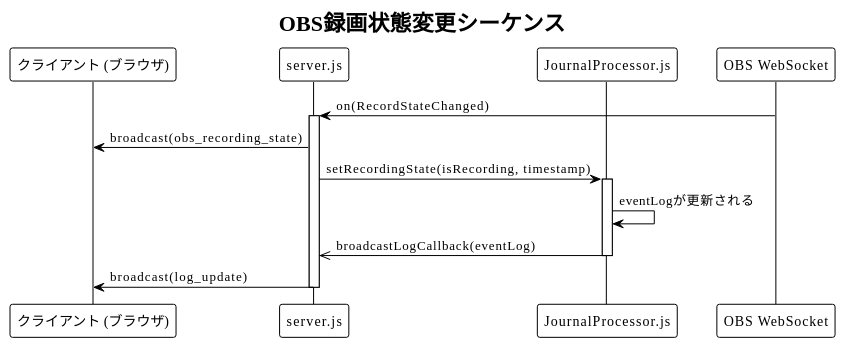
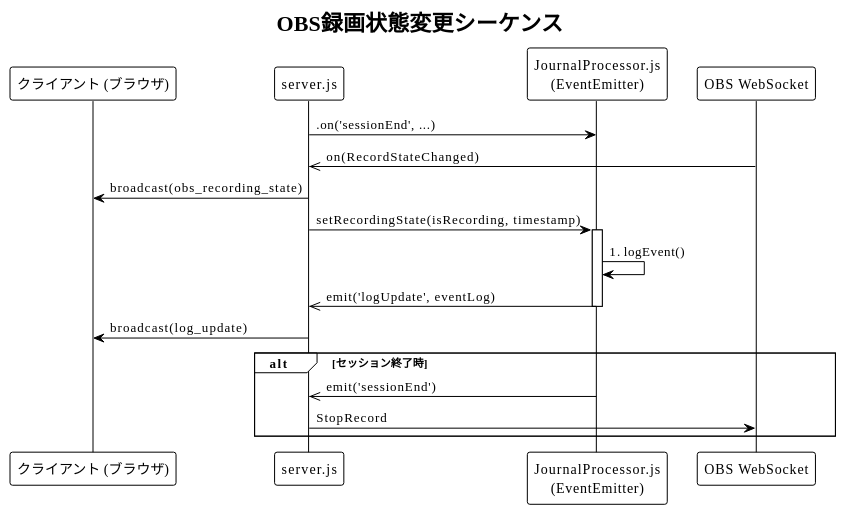
The second of 3 diagrams in DESIGN.md (d11j/ed-dashboard), drawn with PlantUML before and after one commit. The commit also changed other lines of this file and 2 other files, not shown here.

Commit message:
Feature/auto rec stop (#24)
* chore: 不要なログ出力を削除

* feat: JournalProcessorをイベントエミッタに変えて自動録画停止機能を追加

* fix: 撃破イベントログの艦船名の先頭が大文字になるように修正

* docs: イベントエミッタへの設計変更を反映

````diff
--- a/DESIGN.md
+++ b/DESIGN.md
@@ -79,22 +78,29 @@
 ```plantuml
 @startuml
 !theme plain
 title OBS録画状態変更シーケンス
 
 participant "クライアント (ブラウザ)" as Client
 participant "server.js" as Server
-participant "JournalProcessor.js" as Processor
+participant "JournalProcessor.js\n(EventEmitter)" as Processor
 participant "OBS WebSocket" as OBS
 
-OBS -> Server: on(RecordStateChanged)
-activate Server
+Server -> Processor: .on('sessionEnd', ...)
+
+OBS ->> Server: on(RecordStateChanged)
 Server -> Client: broadcast(obs_recording_state)
 Server -> Processor: setRecordingState(isRecording, timestamp)
 activate Processor
-Processor -> Processor: eventLogが更新される
-Processor ->> Server: broadcastLogCallback(eventLog)
+Processor -> Processor: #logEvent()
+Processor ->> Server: emit('logUpdate', eventLog)
+
 deactivate Processor
 Server -> Client: broadcast(log_update)
-deactivate Server
+
+alt セッション終了時
+Processor ->> Server: emit('sessionEnd')
+Server -> OBS: StopRecord
+
+end
 @enduml
 ```
````
